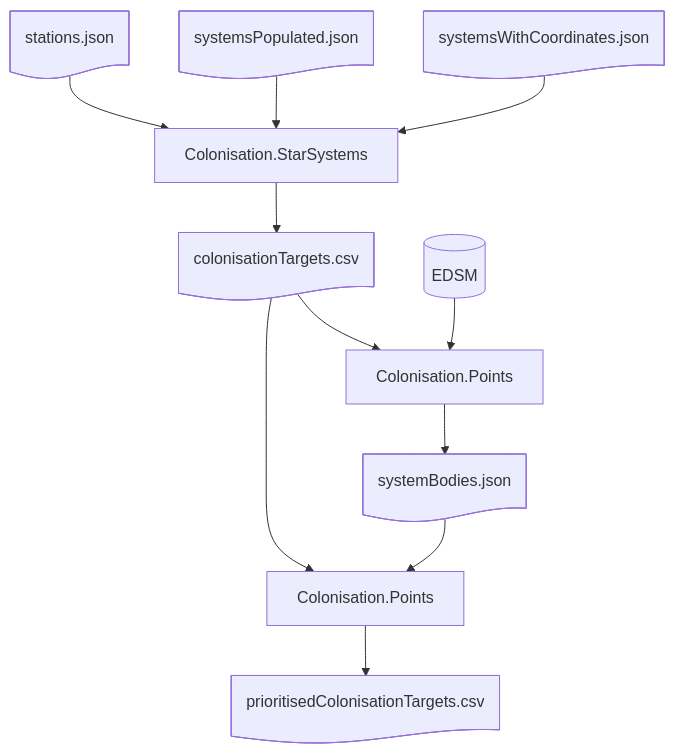
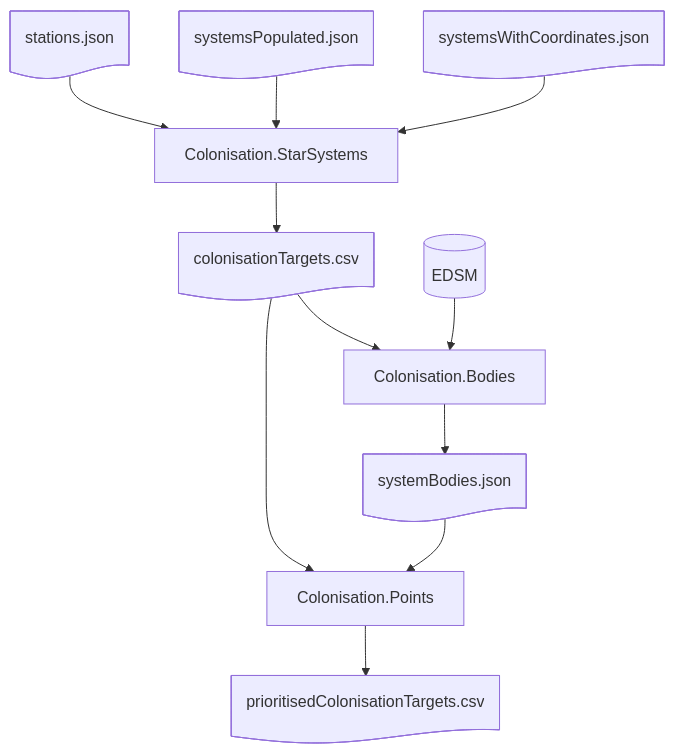
One commit to anthonylangsworth/Colonisation changed the diagram in README.md. Above: the diagram before and after it, drawn with Mermaid.

Commit message:
Fix Points -> Bodies

````diff
--- a/README.md
+++ b/README.md
@@ -16,13 +16,13 @@
 ```mermaid
 flowchart TB
   swc@{ shape: doc, label: "systemsWithCoordinates.json"} --> cs["Colonisation.StarSystems"]
   sp@{ shape: doc, label: "systemsPopulated.json"} --> cs
   st@{ shape: doc, label: "stations.json"} --> cs
   cs --> ct@{ shape: doc, label: "colonisationTargets.csv"}
   edsm@{ shape: cyl, label: "EDSM"} --> cb["Colonisation.Bodies"]
   cb --> sb@{ shape: doc, label: "systemBodies.json"}
-  ct --> cb["Colonisation.Points"]
+  ct --> cb
   ct --> cp["Colonisation.Points"]
   sb --> cp
   cp --> pct@{ shape: doc, label: "prioritisedColonisationTargets.csv"}
 ```
````
